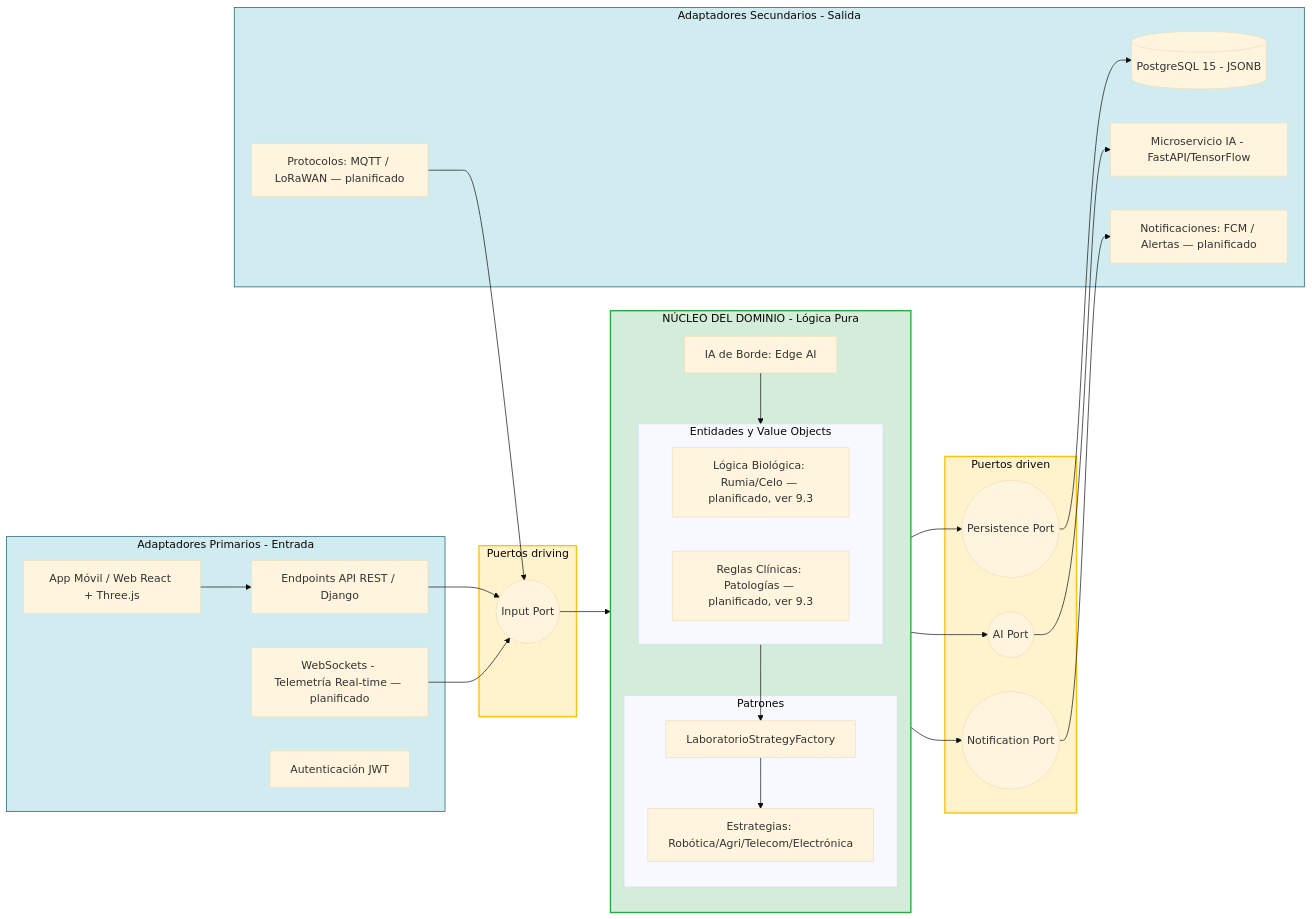
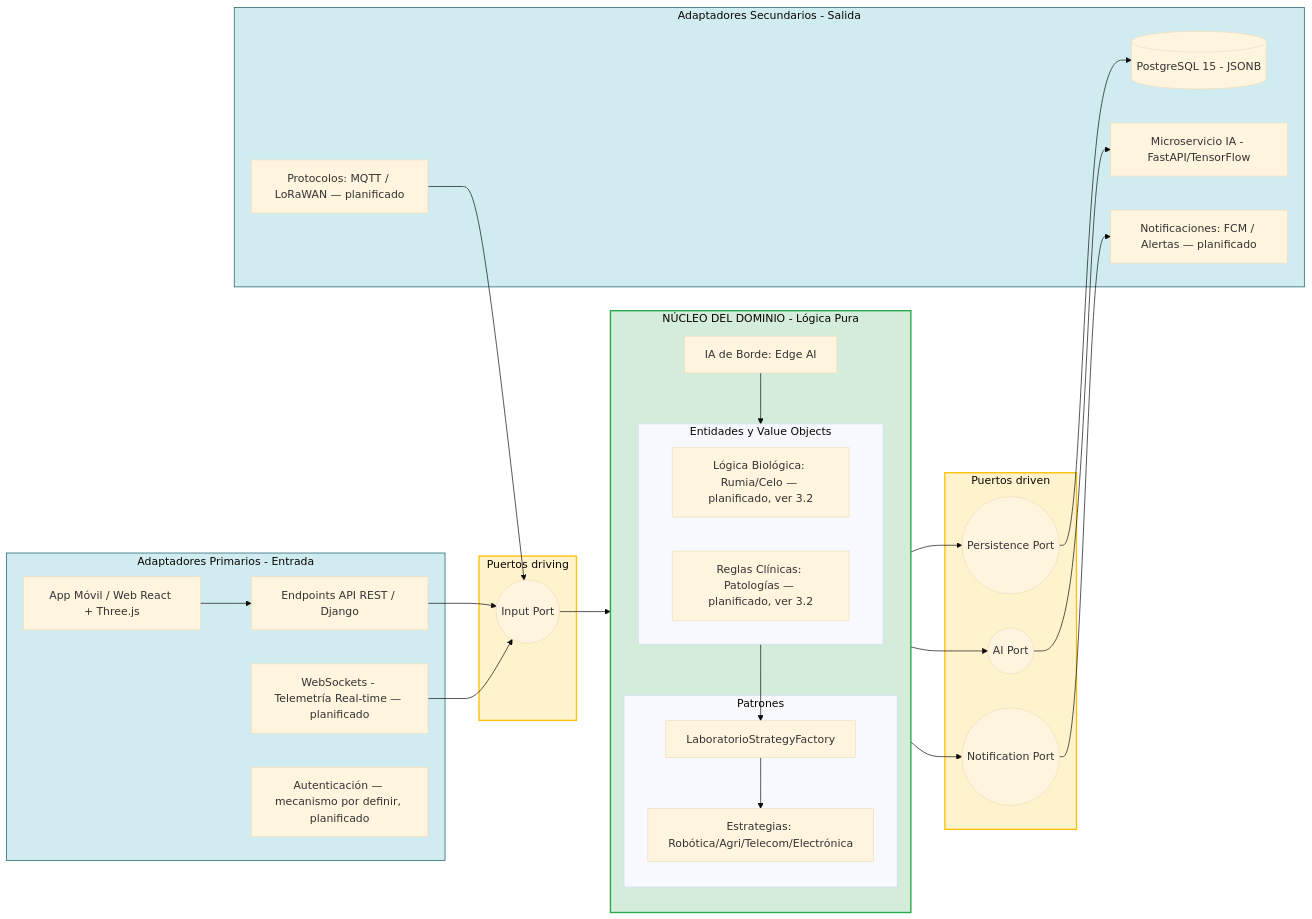
The second of 2 diagrams in docs/MASTERDOC.md (badolgm/sigcTiArural), drawn with Mermaid (base theme) before and after one commit. The commit also changed other lines of this file and 1 other file, not shown here.

````diff
--- a/docs/MASTERDOC.md
+++ b/docs/MASTERDOC.md
@@ -139,63 +225,63 @@
 ```mermaid
 graph LR
     subgraph Capa_Infraestructura_Driving [Adaptadores Primarios - Entrada]
         UI[App Móvil / Web React + Three.js]
         REST[Endpoints API REST / Django]
         WS[WebSockets - Telemetría Real-time — planificado]
-        Auth[Autenticación JWT]
+        Auth[Autenticación — mecanismo por definir, planificado]
     end
 
     subgraph Puertos_Entrada [Puertos driving]
         IPort((Input Port))
     end
 
     subgraph Dominio_Core [NÚCLEO DEL DOMINIO - Lógica Pura]
         direction TB
         subgraph Reglas_Negocio [Entidades y Value Objects]
-            Bio[Lógica Biológica: Rumia/Celo — planificado, ver 9.3]
-            Clin[Reglas Clínicas: Patologías — planificado, ver 9.3]
+            Bio[Lógica Biológica: Rumia/Celo — planificado, ver 3.2]
+            Clin[Reglas Clínicas: Patologías — planificado, ver 3.2]
         end
         subgraph Patrones_Diseño [Patrones]
             Fact[LaboratorioStrategyFactory]
             Strat[Estrategias: Robótica/Agri/Telecom/Electrónica]
         end
         AI_Borde[IA de Borde: Edge AI]
     end
 
     subgraph Puertos_Salida [Puertos driven]
         PPort((Persistence Port))
         AIP((AI Port))
         NPort((Notification Port))
     end
 
     subgraph Capa_Infraestructura_Driven [Adaptadores Secundarios - Salida]
         DB[(PostgreSQL 15 - JSONB)]
         FastAPI[Microservicio IA - FastAPI/TensorFlow]
         MQTT[Protocolos: MQTT / LoRaWAN — planificado]
         FCM[Notificaciones: FCM / Alertas — planificado]
     end
 
     UI --> REST
     REST --> IPort
     WS --> IPort
     MQTT --> IPort
 
     IPort --> AI_Borde
     AI_Borde --> Reglas_Negocio
     Reglas_Negocio --> Fact
     Fact --> Strat
 
     Strat --> PPort
     Strat --> AIP
     Strat --> NPort
 
     PPort --> DB
     AIP --> FastAPI
     NPort --> FCM
 
     style Dominio_Core fill:#d4edda,stroke:#28a745,stroke-width:2px
     style Puertos_Entrada fill:#fff3cd,stroke:#ffc107,stroke-width:2px
     style Puertos_Salida fill:#fff3cd,stroke:#ffc107,stroke-width:2px
     style Capa_Infraestructura_Driving fill:#d1ecf1,stroke:#0c5460
     style Capa_Infraestructura_Driven fill:#d1ecf1,stroke:#0c5460
 ```
````
